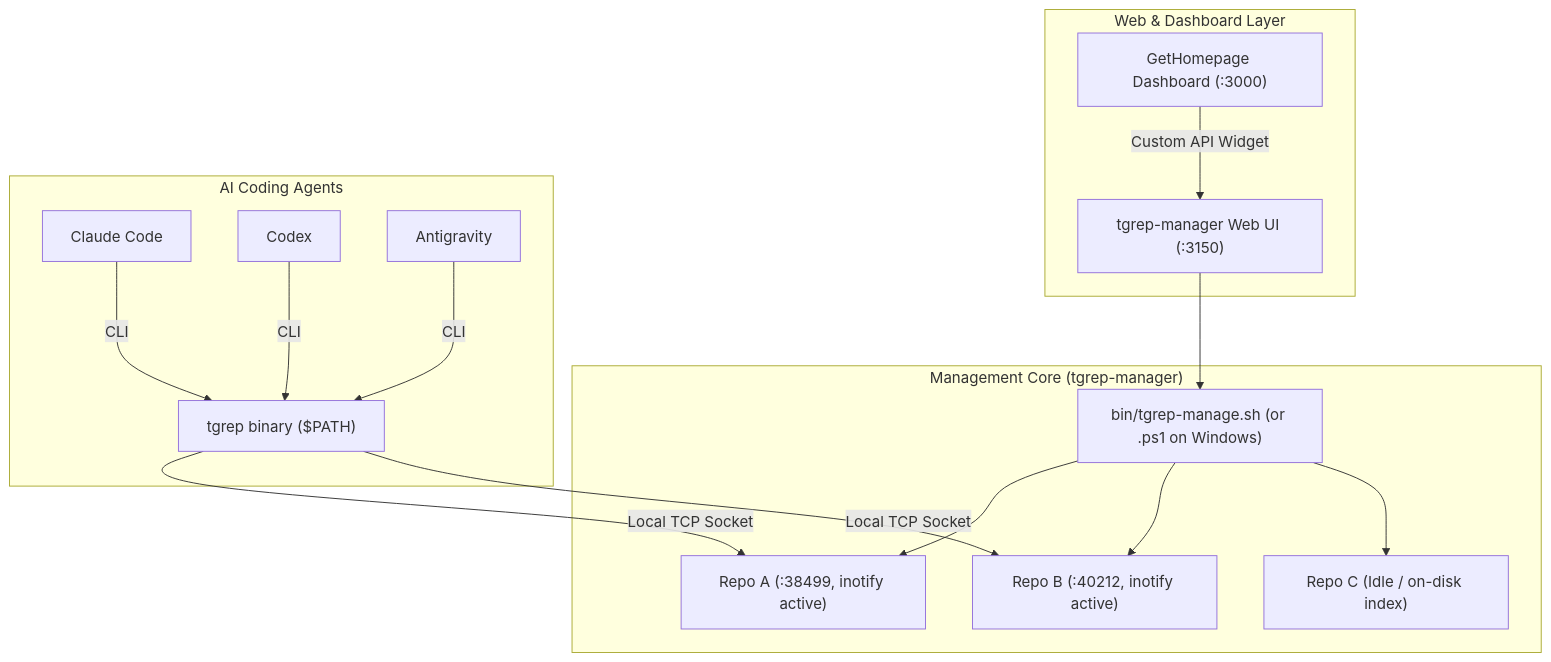
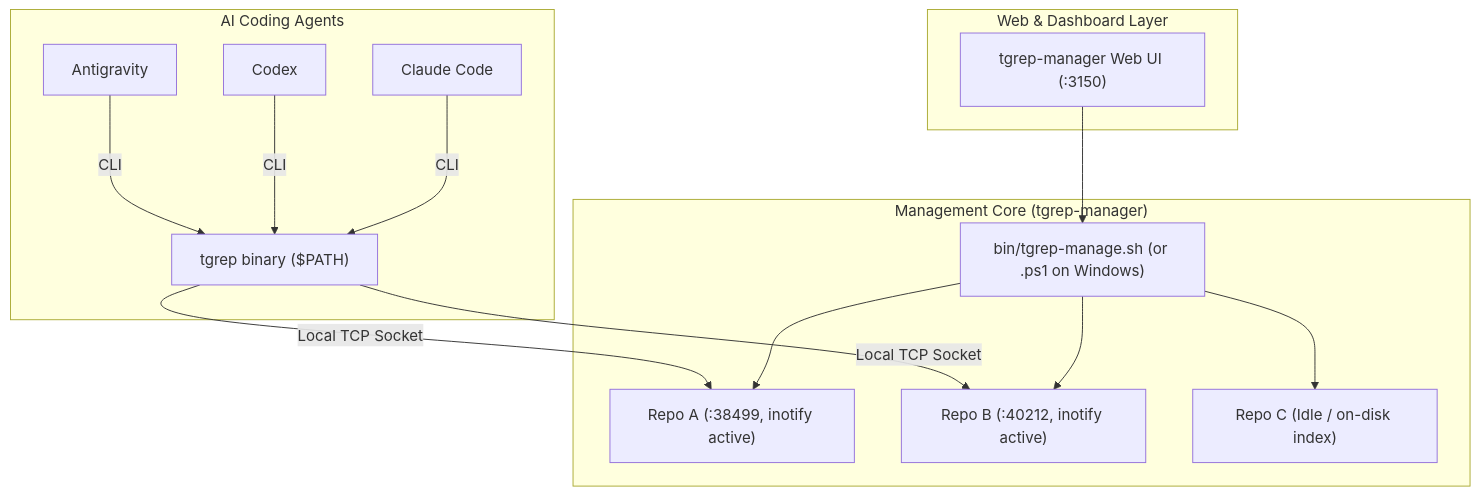
Before and after one commit to PShonda/tgrep-cockpit: the diagram in README.md, drawn with Mermaid. The commit also changed other lines of this file and 3 other files, not shown here.

````diff
--- a/README.md
+++ b/README.md
@@ -32,22 +32,22 @@
 ```mermaid
 flowchart TD
     subgraph Dashboard["Web & Dashboard Layer"]
-        HP["GetHomepage Dashboard (:3000)"] -->|Custom API Widget| WEB["tgrep-manager Web UI (:3150)"]
+        WEB["tgrep-manager Web UI (:3150)"]
     end
 
     subgraph Agents["AI Coding Agents"]
         CC["Claude Code"] -->|CLI| TG_CLI["tgrep binary ($PATH)"]
         CX["Codex"] -->|CLI| TG_CLI
         AG["Antigravity"] -->|CLI| TG_CLI
     end
 
     subgraph Controller["Management Core (tgrep-manager)"]
         WEB --> SCRIPT["bin/tgrep-manage.sh (or .ps1 on Windows)"]
         SCRIPT --> REPO1["Repo A (:38499, inotify active)"]
         SCRIPT --> REPO2["Repo B (:40212, inotify active)"]
         SCRIPT --> REPO3["Repo C (Idle / on-disk index)"]
     end
 
     TG_CLI -->|Local TCP Socket| REPO1
     TG_CLI -->|Local TCP Socket| REPO2
 ```
````
